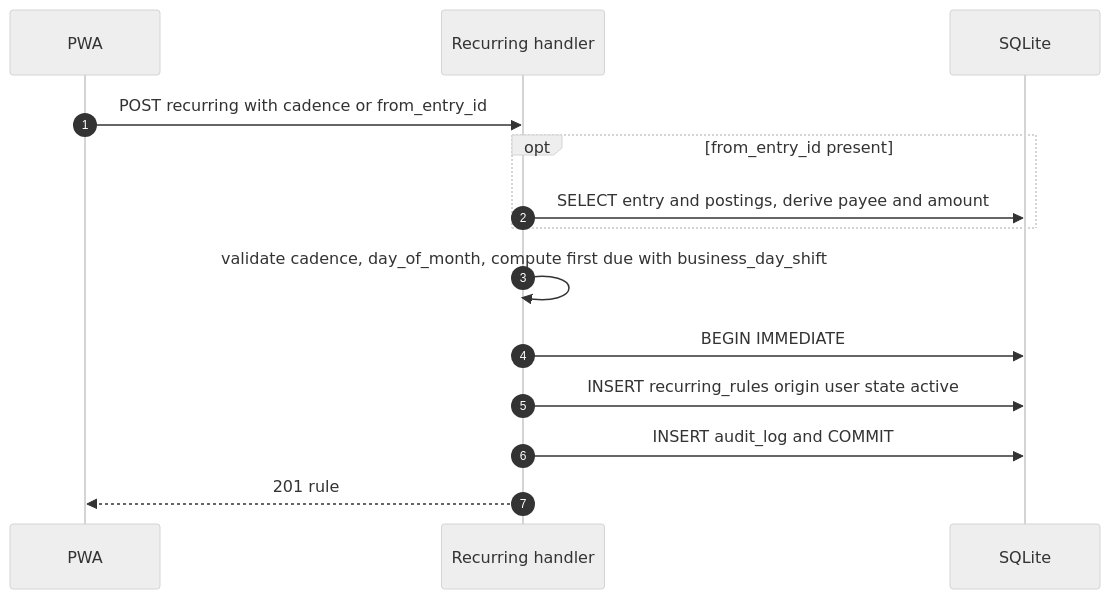
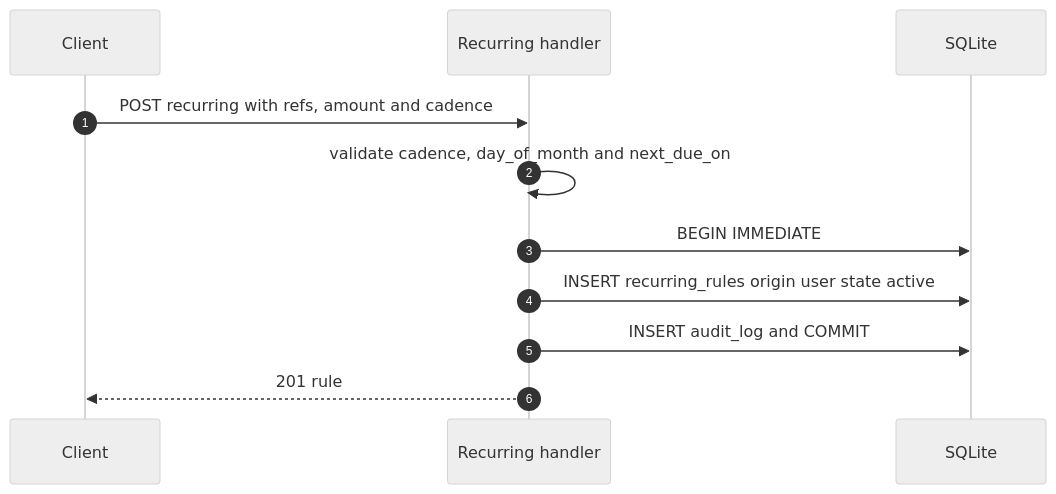
Diagram 14 of 20 in docs/v2-api.md (dimasbaguspm/spenicle), drawn with Mermaid (neutral theme) before and after one commit. The commit also changed other lines of this file and 44 other files, not shown here.

````diff
--- a/docs/v2-api.md
+++ b/docs/v2-api.md
@@ -822,16 +875,13 @@
 ```mermaid
 sequenceDiagram
     autonumber
-    participant UI as PWA
+    participant UI as Client
     participant API as Recurring handler
     participant DB as SQLite
-    UI->>API: POST recurring with cadence or from_entry_id
-    opt from_entry_id present
-        API->>DB: SELECT entry and postings, derive payee and amount
-    end
-    API->>API: validate cadence, day_of_month, compute first due with business_day_shift
+    UI->>API: POST recurring with refs, amount and cadence
+    API->>API: validate cadence, day_of_month and next_due_on
     API->>DB: BEGIN IMMEDIATE
     API->>DB: INSERT recurring_rules origin user state active
     API->>DB: INSERT audit_log and COMMIT
     API-->>UI: 201 rule
 ```
````
